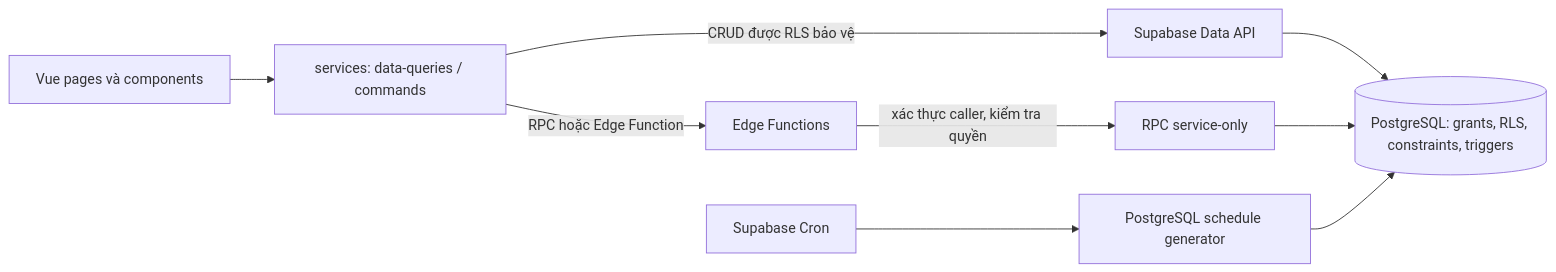
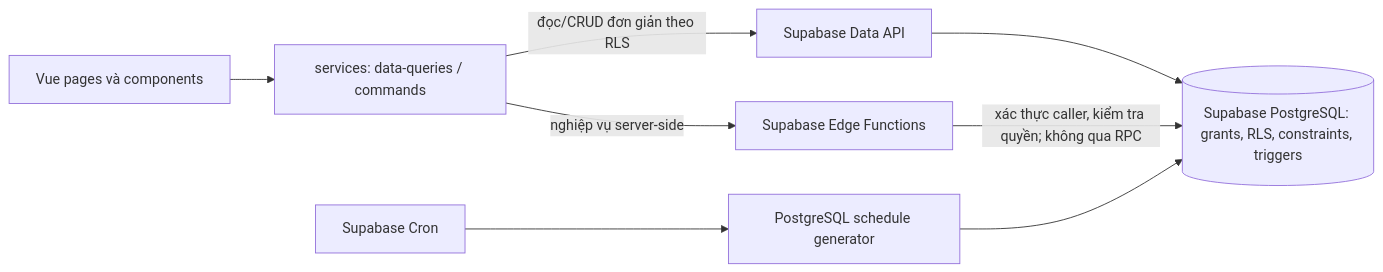
One commit to daovanhung-dev/HVC_EDU_NEW changed the diagram in docs/agent-context/architecture-and-code-map.md. Above: the diagram before and after it, drawn with Mermaid. The commit also changed other lines of this file and 8 other files, not shown here.

Commit message:
feat: update documentation to reflect Edge Function usage and remove RPC references

````diff
--- a/docs/agent-context/architecture-and-code-map.md
+++ b/docs/agent-context/architecture-and-code-map.md
@@ -7,11 +7,10 @@
 ```mermaid
 flowchart LR
   UI[Vue pages và components] --> S[services: data-queries / commands]
-  S -->|CRUD được RLS bảo vệ| API[Supabase Data API]
-  S -->|RPC hoặc Edge Function| EF[Edge Functions]
-  API --> DB[(PostgreSQL: grants, RLS, constraints, triggers)]
-  EF -->|xác thực caller, kiểm tra quyền| RPC[RPC service-only]
-  RPC --> DB
+  S -->|đọc/CRUD đơn giản theo RLS| API[Supabase Data API]
+  S -->|nghiệp vụ server-side| EF[Supabase Edge Functions]
+  API --> DB[(Supabase PostgreSQL: grants, RLS, constraints, triggers)]
+  EF -->|xác thực caller, kiểm tra quyền; không qua RPC| DB
   CRON[Supabase Cron] --> GEN[PostgreSQL schedule generator]
   GEN --> DB
 ```
````
